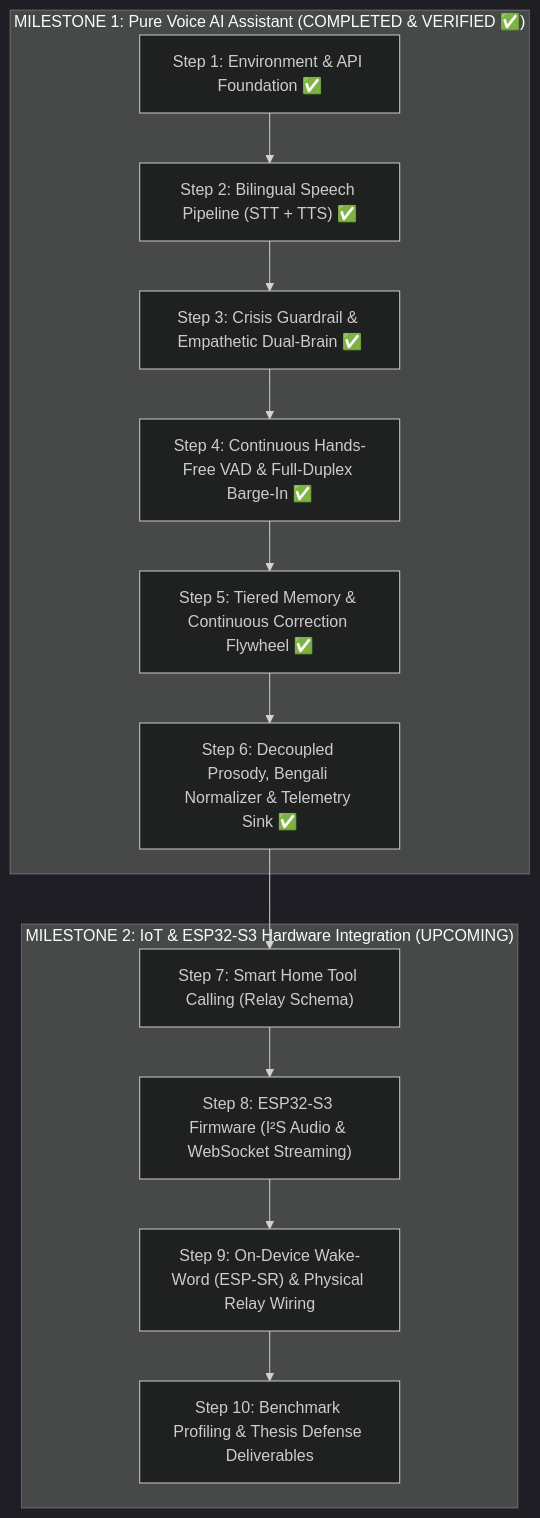
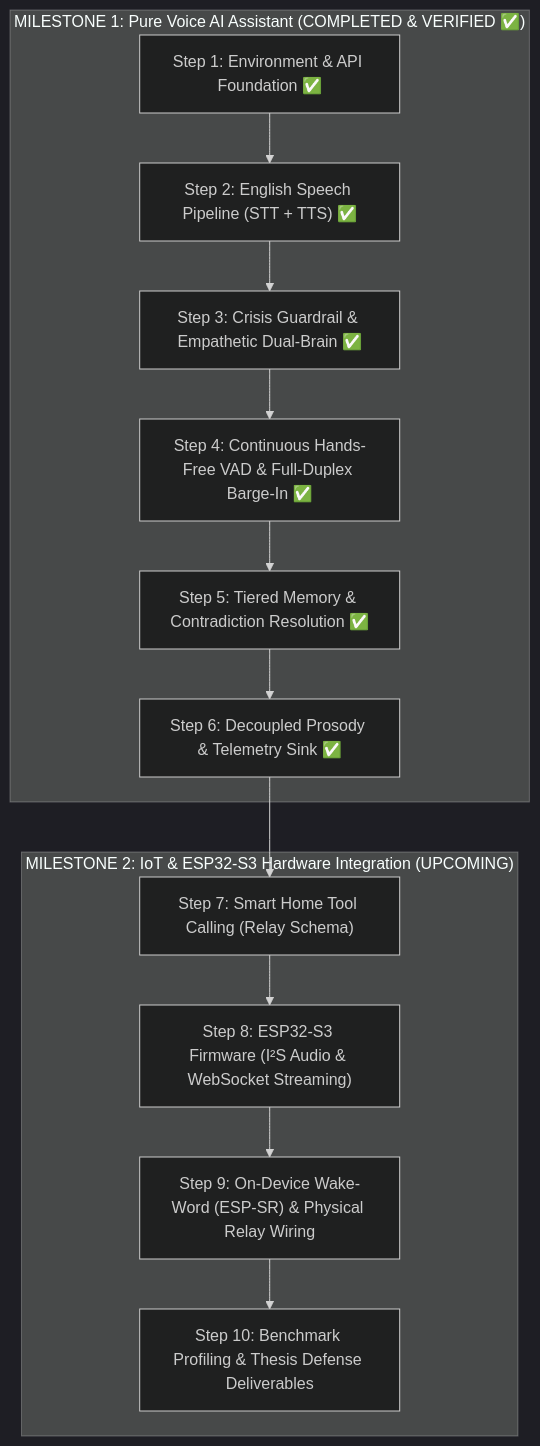
One commit to fahadrahman444/maya-multilingual-voice-iot changed the diagram in WorkingProcess.md. Above: the diagram before and after it, drawn with Mermaid (dark theme). The commit also changed other lines of this file and 22 other files, not shown here.

````diff
--- a/WorkingProcess.md
+++ b/WorkingProcess.md
@@ -11,17 +11,17 @@
 ```mermaid
 flowchart TD
     subgraph M1["MILESTONE 1: Pure Voice AI Assistant (COMPLETED & VERIFIED ✅)"]
-        S1["Step 1: Environment & API Foundation ✅"] --> S2["Step 2: Bilingual Speech Pipeline (STT + TTS) ✅"]
+        S1["Step 1: Environment & API Foundation ✅"] --> S2["Step 2: English Speech Pipeline (STT + TTS) ✅"]
         S2 --> S3["Step 3: Crisis Guardrail & Empathetic Dual-Brain ✅"]
         S3 --> S4["Step 4: Continuous Hands-Free VAD & Full-Duplex Barge-In ✅"]
-        S4 --> S5["Step 5: Tiered Memory & Continuous Correction Flywheel ✅"]
-        S5 --> S6["Step 6: Decoupled Prosody, Bengali Normalizer & Telemetry Sink ✅"]
+        S4 --> S5["Step 5: Tiered Memory & Contradiction Resolution ✅"]
+        S5 --> S6["Step 6: Decoupled Prosody & Telemetry Sink ✅"]
     end
 
     subgraph M2["MILESTONE 2: IoT & ESP32-S3 Hardware Integration (UPCOMING)"]
         S6 --> S7["Step 7: Smart Home Tool Calling (Relay Schema)"]
         S7 --> S8["Step 8: ESP32-S3 Firmware (I²S Audio & WebSocket Streaming)"]
         S8 --> S9["Step 9: On-Device Wake-Word (ESP-SR) & Physical Relay Wiring"]
         S9 --> S10["Step 10: Benchmark Profiling & Thesis Defense Deliverables"]
     end
 ```
````
